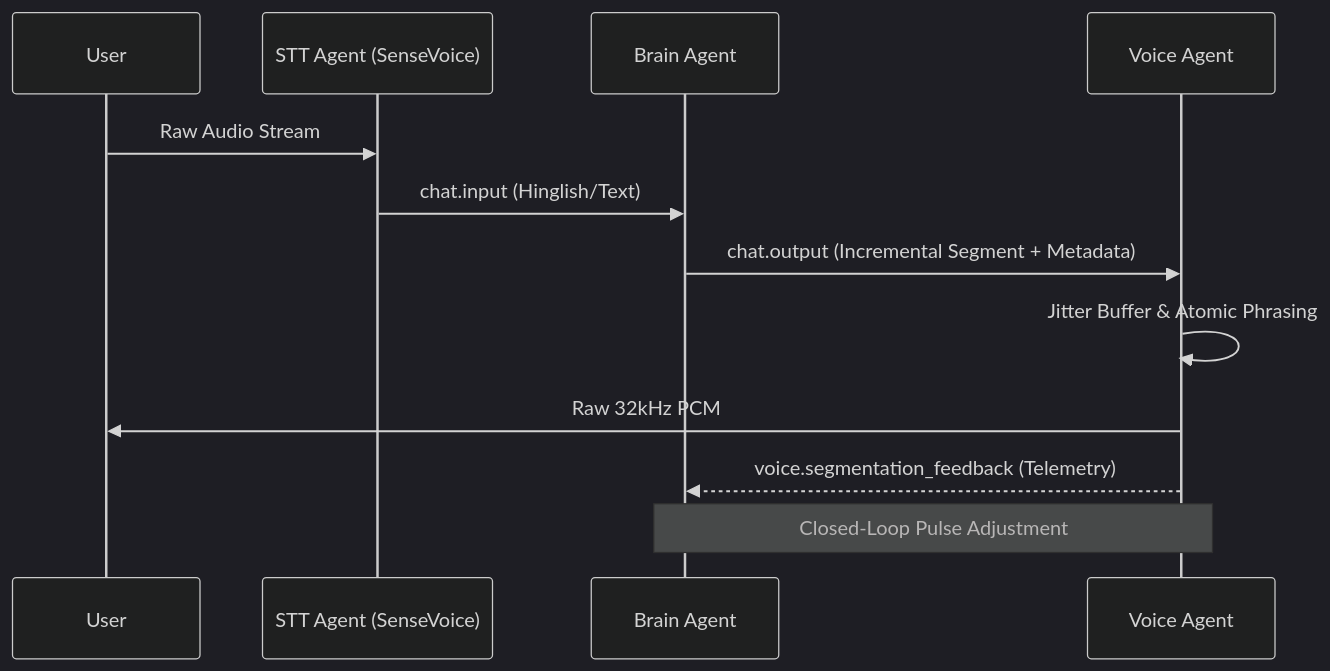
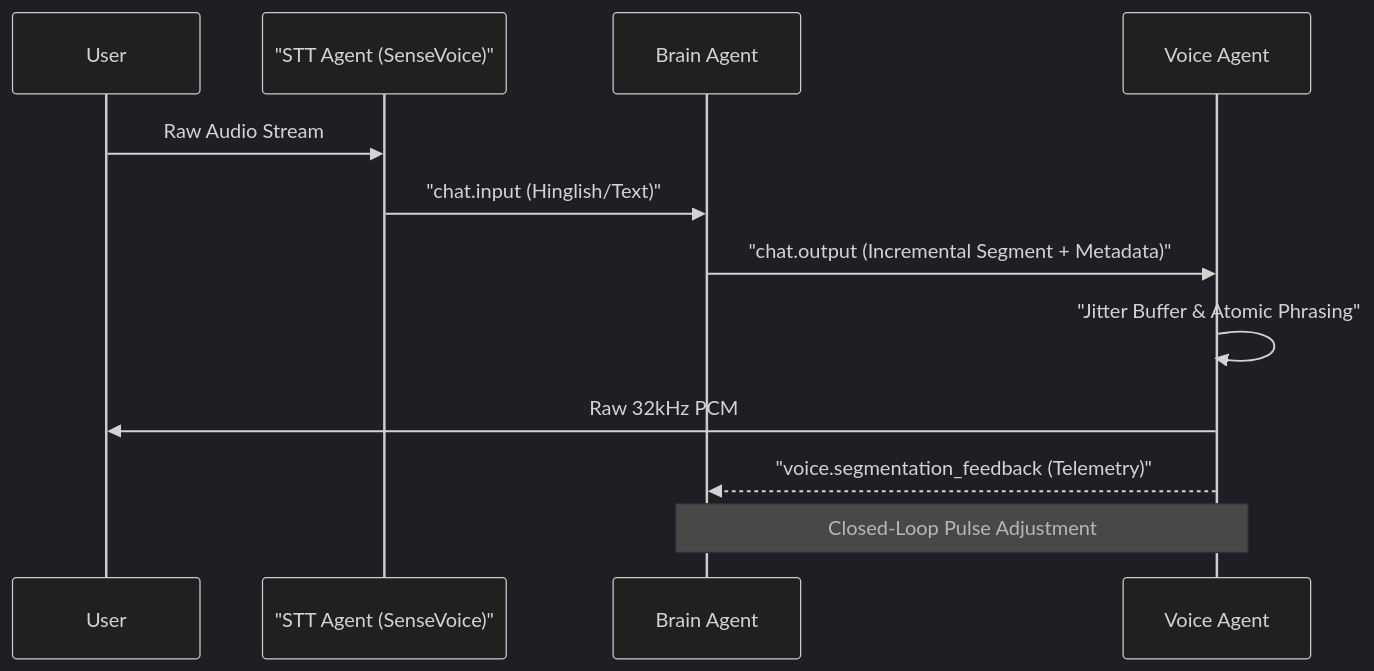
The second of 2 diagrams in README.md (Aniket-a14/AI_friend), drawn with Mermaid (dark theme) before and after one commit. The commit also changed other lines of this file, not shown here.

Commit message:
docs: fix mermaid diagram syntax and topology labels

````diff
--- a/README.md
+++ b/README.md
@@ -51,15 +51,15 @@
 ```mermaid
 sequenceDiagram
     participant U as User
-    participant S as STT Agent (SenseVoice)
+    participant S as "STT Agent (SenseVoice)"
     participant B as Brain Agent
     participant V as Voice Agent
     
     U->>S: Raw Audio Stream
-    S->>B: chat.input (Hinglish/Text)
-    B->>V: chat.output (Incremental Segment + Metadata)
-    V->>V: Jitter Buffer & Atomic Phrasing
+    S->>B: "chat.input (Hinglish/Text)"
+    B->>V: "chat.output (Incremental Segment + Metadata)"
+    V->>V: "Jitter Buffer & Atomic Phrasing"
     V->>U: Raw 32kHz PCM
-    V-->>B: voice.segmentation_feedback (Telemetry)
+    V-->>B: "voice.segmentation_feedback (Telemetry)"
     Note over B,V: Closed-Loop Pulse Adjustment
 ```
````
